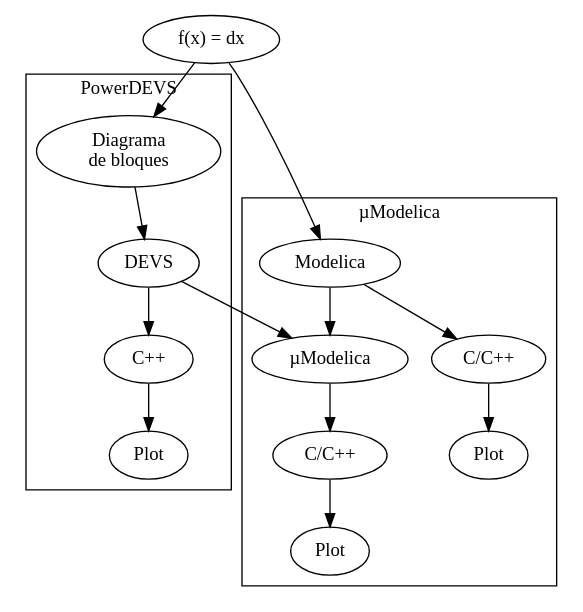
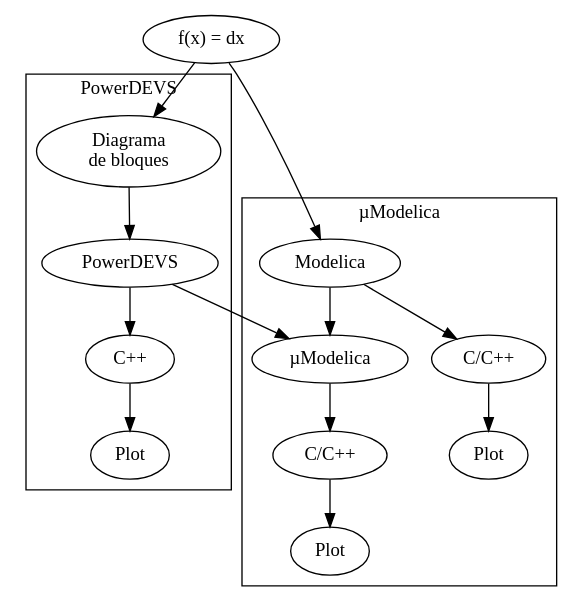
Before and after one commit to lucciano/pd2mo: the diagram in doc/tesina/esquema.dot, drawn with Graphviz. The commit also changed 1 other file, not shown here.

```diff
--- a/doc/tesina/esquema.dot
+++ b/doc/tesina/esquema.dot
@@ -1,27 +1,27 @@
 digraph G {
 
 	subgraph cluster_0 {
 		a0 -> a1 -> a2 -> a3;
 		label = "PowerDEVS";
 	}
 
 	subgraph cluster_1 {
 		b0 -> b1 -> b2 -> b3;
 		b0 -> b0_1 -> b0_2
 		label = "µModelica";
 	}
 	start -> a0;
 	start -> b0;
 	a0 [label="Diagrama \n de bloques"]
-	a1 [label="DEVS"]
+	a1 [label="PowerDEVS"]
 	a2 [label="C++"]
 	a3 [label="Plot"]
 	b0 [label="Modelica"] 
 	b0_1 [label="C/C++"]
 	b0_2 [label="Plot"]
         b1 [label="µModelica"]
  	a1 -> b1 //[ label="PowerDEVS a Modelica" ];
 	b2 [label="C/C++"]
 	b3 [label="Plot"]
 	start [label="f(x) = dx"];
 }
```
